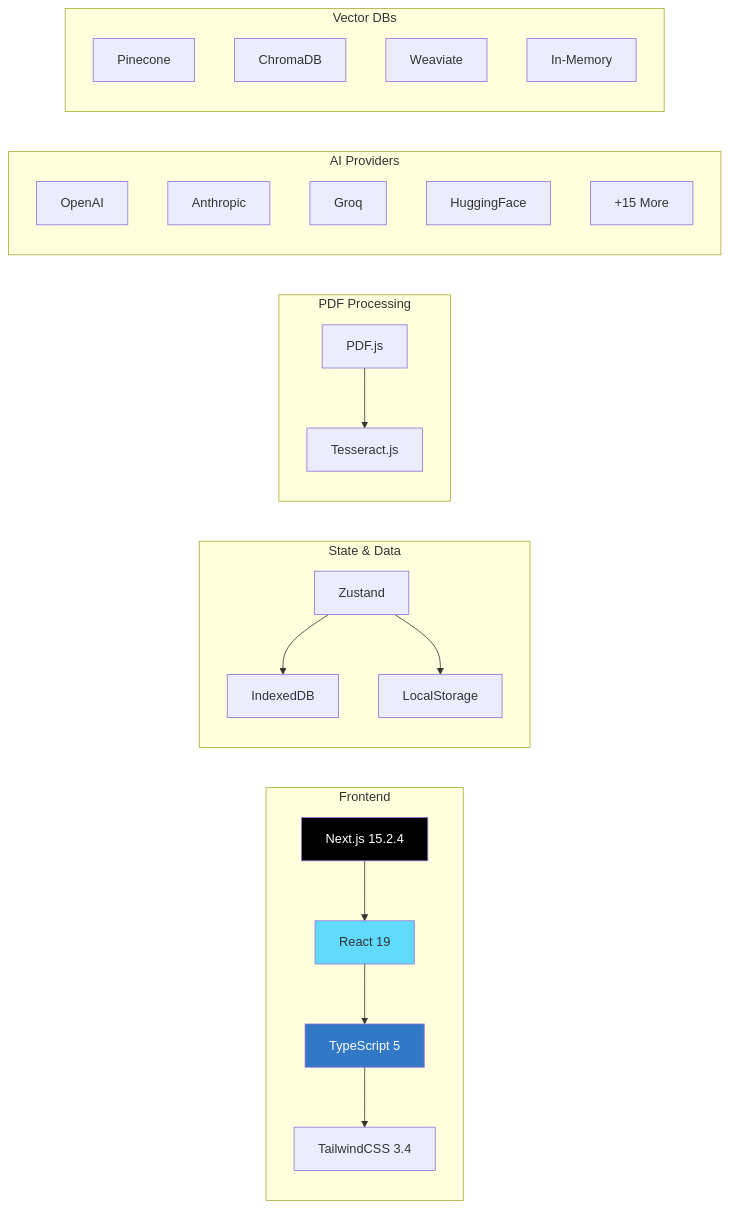
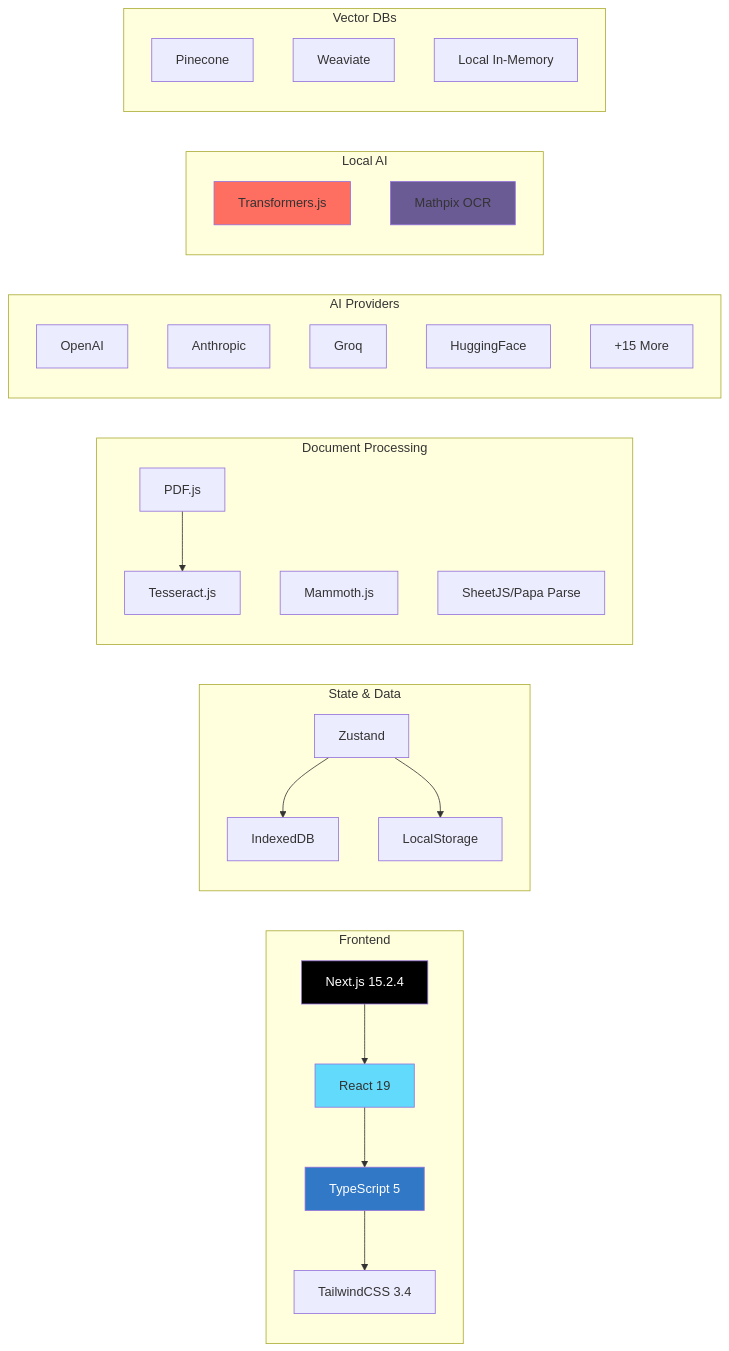
Before and after one commit to Kedhareswer/QuantumPDF_ChatApp_VectorDB: the second of 16 diagrams in docs/ARCHITECTURE_FLOWS.md, drawn with Mermaid. The commit also changed other lines of this file and 58 other files, not shown here.

````diff
--- a/docs/ARCHITECTURE_FLOWS.md
+++ b/docs/ARCHITECTURE_FLOWS.md
@@ -67,46 +80,54 @@
 ```mermaid
 graph LR
     subgraph "Frontend"
         NEXT[Next.js 15.2.4]
         REACT[React 19]
         TS[TypeScript 5]
         TAIL[TailwindCSS 3.4]
     end
 
     subgraph "State & Data"
         ZUS[Zustand]
         IDB[IndexedDB]
         LOCAL[LocalStorage]
     end
 
-    subgraph "PDF Processing"
+    subgraph "Document Processing"
         PDFJS[PDF.js]
         TESS[Tesseract.js]
+        MAMMOTH[Mammoth.js]
+        SHEETJS[SheetJS/Papa Parse]
     end
 
     subgraph "AI Providers"
         OAI[OpenAI]
         ANT[Anthropic]
         GROQ[Groq]
         HF[HuggingFace]
         MORE[+15 More]
     end
 
+    subgraph "Local AI"
+        TRANS[Transformers.js]
+        MATHPIX[Mathpix OCR]
+    end
+
     subgraph "Vector DBs"
         PINE[Pinecone]
-        CHROMA[ChromaDB]
         WEAV[Weaviate]
-        MEM[In-Memory]
+        MEM[Local In-Memory]
     end
 
     NEXT --> REACT
     REACT --> TS
     TS --> TAIL
     ZUS --> IDB
     ZUS --> LOCAL
     PDFJS --> TESS
 
     style NEXT fill:#000,color:#fff
     style REACT fill:#61dafb
     style TS fill:#3178c6,color:#fff
+    style TRANS fill:#ff6f61
+    style MATHPIX fill:#6b5b95
 ```
````
